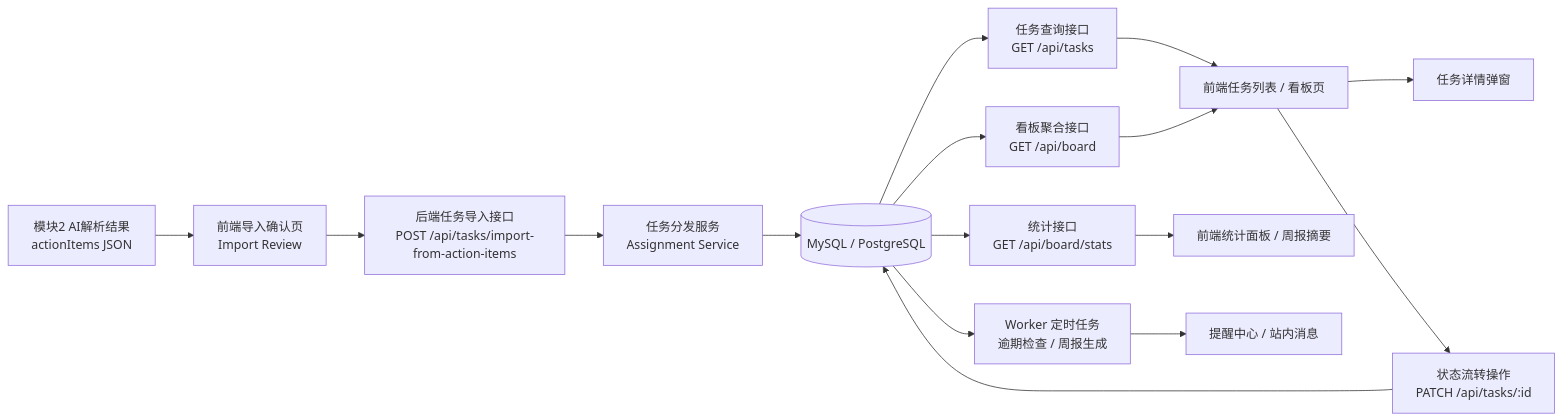
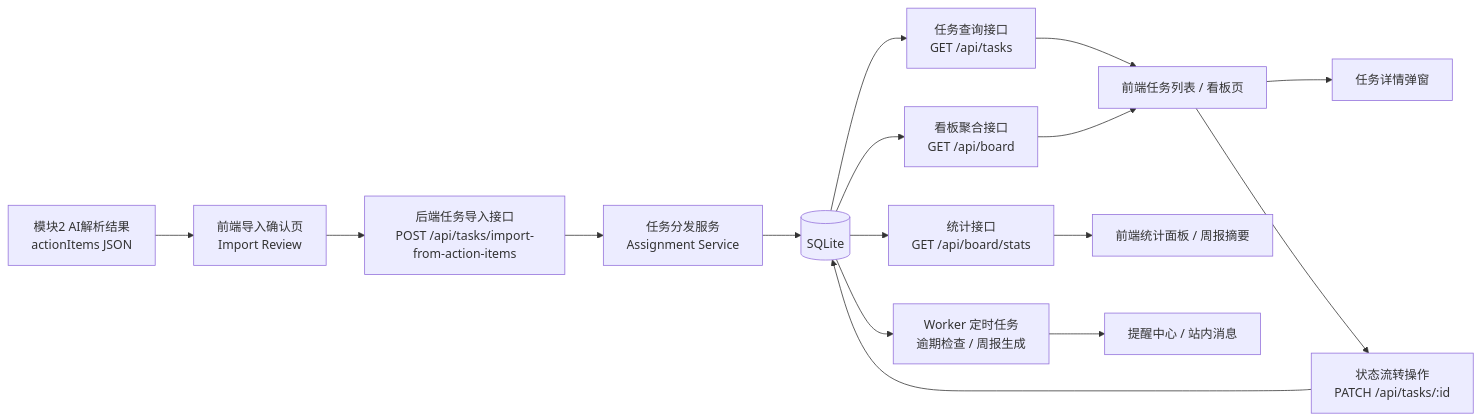
The first of 4 diagrams in docs/product/module-3-4-architecture.md (Mengyzh-2003/Meeting2Action), drawn with Mermaid before and after one commit. The commit also changed other lines of this file and 3 other files, not shown here.

````diff
--- a/docs/product/module-3-4-architecture.md
+++ b/docs/product/module-3-4-architecture.md
@@ -34,22 +35,22 @@
 ```mermaid
 flowchart LR
     A[模块2 AI解析结果\nactionItems JSON] --> B[前端导入确认页\nImport Review]
     B --> C[后端任务导入接口\nPOST /api/tasks/import-from-action-items]
     C --> D[任务分发服务\nAssignment Service]
-    D --> E[(MySQL / PostgreSQL)]
+    D --> E[(SQLite)]
 
     E --> F[任务查询接口\nGET /api/tasks]
     E --> G[看板聚合接口\nGET /api/board]
     E --> H[统计接口\nGET /api/board/stats]
 
     F --> I[前端任务列表 / 看板页]
     G --> I
     H --> J[前端统计面板 / 周报摘要]
 
     I --> K[任务详情弹窗]
     I --> L[状态流转操作\nPATCH /api/tasks/:id]
     L --> E
 
     E --> M[Worker 定时任务\n逾期检查 / 周报生成]
     M --> N[提醒中心 / 站内消息]
 ```
````
